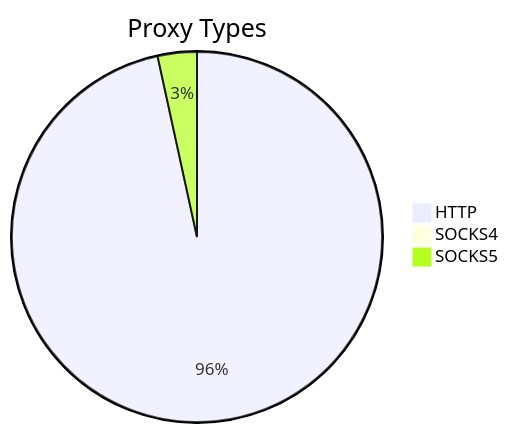
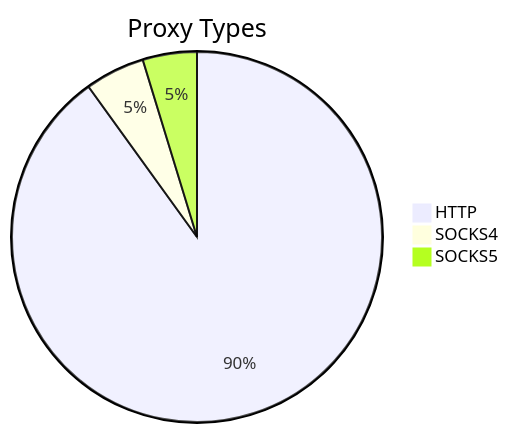
One commit to stormsia/proxy-list changed the first of 2 diagrams in README.md. Above: the diagram before and after it, drawn with Mermaid. The commit also changed other lines of this file, not shown here.

````diff
--- a/README.md
+++ b/README.md
@@ -21,6 +21,6 @@
 ```mermaid
 pie title Proxy Types
-    "HTTP" : 339
-    "SOCKS4" : 2
-    "SOCKS5" : 12
+    "HTTP" : 362
+    "SOCKS4" : 21
+    "SOCKS5" : 19
 ```
````
